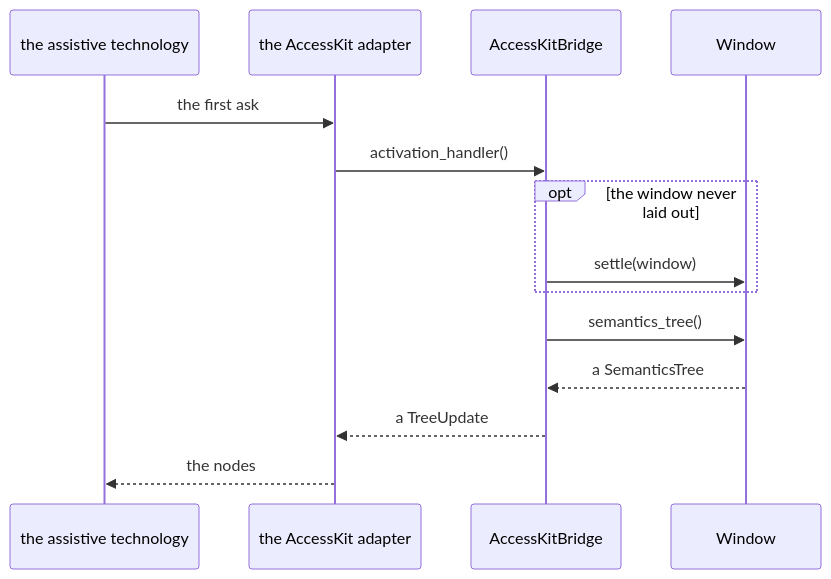
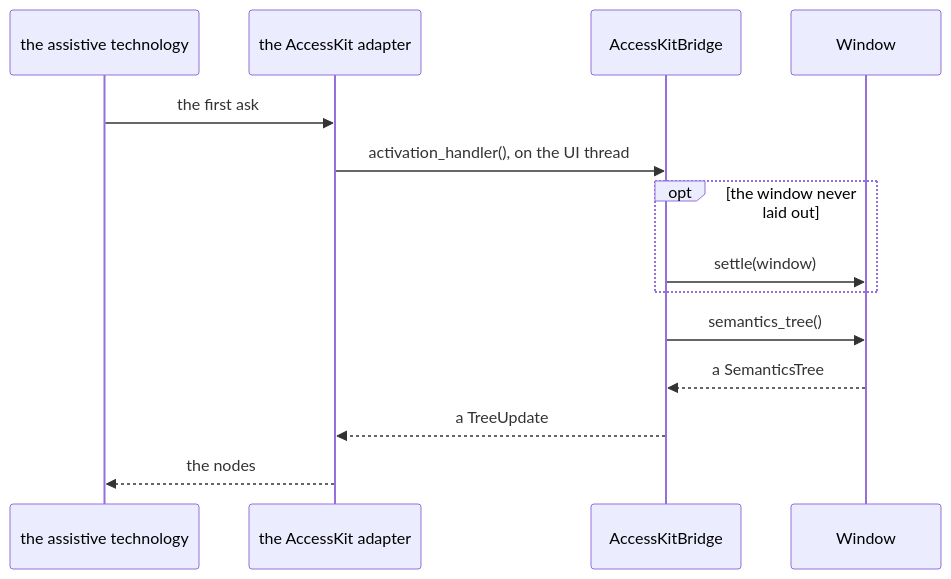
One commit to yuksblog/nuiitivet changed the sixth of 8 diagrams in docs/design/ACCESSIBILITY.md. Above: the diagram before and after it, drawn with Mermaid. The commit also changed other lines of this file and 11 other files, not shown here.

````diff
--- a/docs/design/ACCESSIBILITY.md
+++ b/docs/design/ACCESSIBILITY.md
@@ -250,17 +253,17 @@
 ```mermaid
 sequenceDiagram
     participant AT as the assistive technology
     participant A as the AccessKit adapter
     participant B as AccessKitBridge
     participant W as Window
 
     AT->>A: the first ask
-    A->>B: activation_handler()
+    A->>B: activation_handler(), on the UI thread
     opt the window never laid out
         B->>W: settle(window)
     end
     B->>W: semantics_tree()
     W-->>B: a SemanticsTree
     B-->>A: a TreeUpdate
     A-->>AT: the nodes
 ```
````
